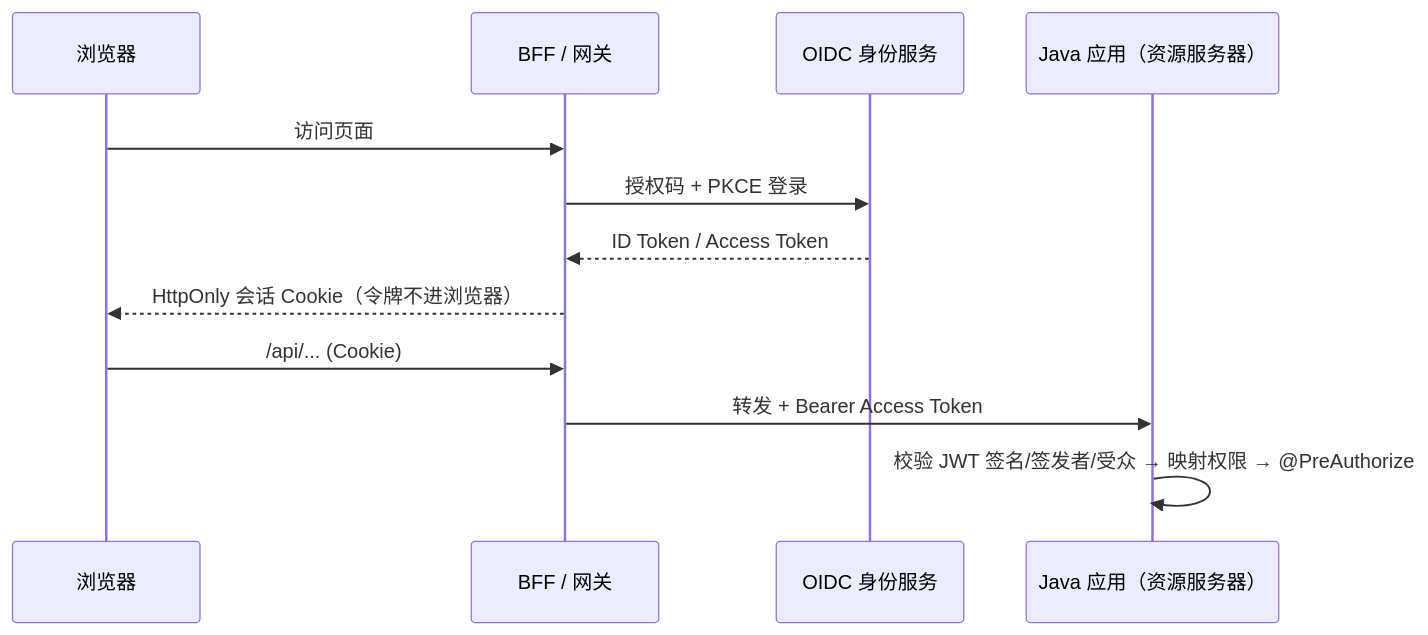
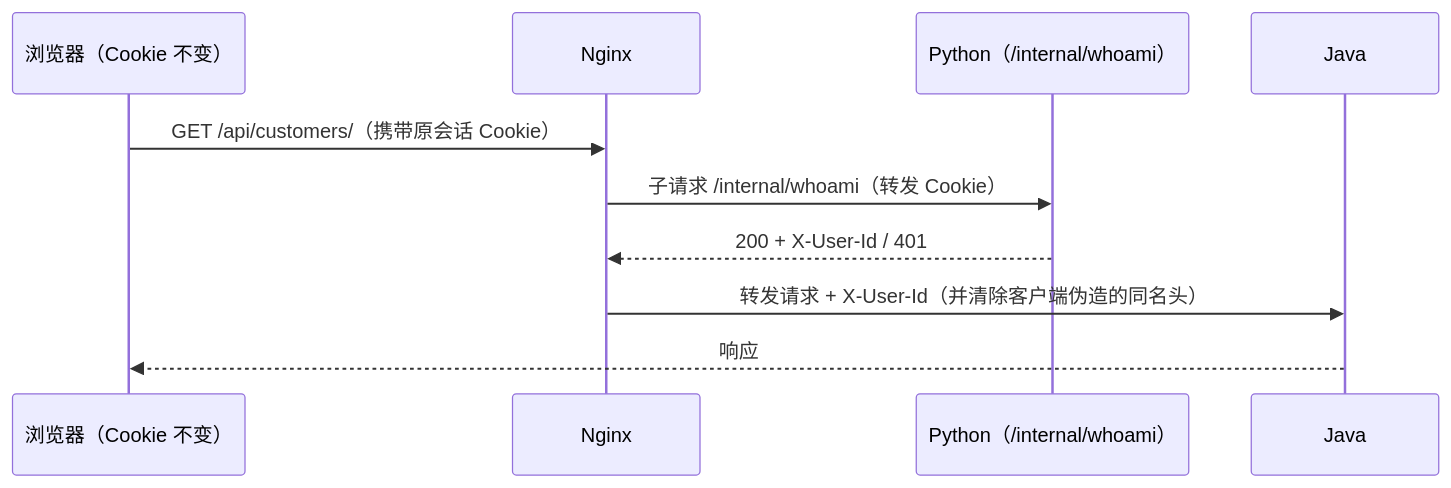
Before and after one commit to Createsnow/sn-center: the second of 2 diagrams in docs/development/Python项目迁移Java企业级通用指南.md, drawn with Mermaid. The commit also changed other lines of this file, not shown here.

````diff
--- a/docs/development/Python项目迁移Java企业级通用指南.md
+++ b/docs/development/Python项目迁移Java企业级通用指南.md
@@ -1354,14 +873,12 @@
 ```mermaid
 sequenceDiagram
-    participant B as 浏览器
-    participant BFF as BFF / 网关
-    participant IdP as OIDC 身份服务
-    participant API as Java 应用（资源服务器）
-    B->>BFF: 访问页面
-    BFF->>IdP: 授权码 + PKCE 登录
-    IdP-->>BFF: ID Token / Access Token
-    BFF-->>B: HttpOnly 会话 Cookie（令牌不进浏览器）
-    B->>BFF: /api/... (Cookie)
-    BFF->>API: 转发 + Bearer Access Token
-    API->>API: 校验 JWT 签名/签发者/受众 → 映射权限 → @PreAuthorize
+    participant B as 浏览器（Cookie 不变）
+    participant N as Nginx
+    participant P as Python（/internal/whoami）
+    participant J as Java
+    B->>N: GET /api/customers/（携带原会话 Cookie）
+    N->>P: 子请求 /internal/whoami（转发 Cookie）
+    P-->>N: 200 + X-User-Id / 401
+    N->>J: 转发请求 + X-User-Id（并清除客户端伪造的同名头）
+    J-->>B: 响应
 ```
````
